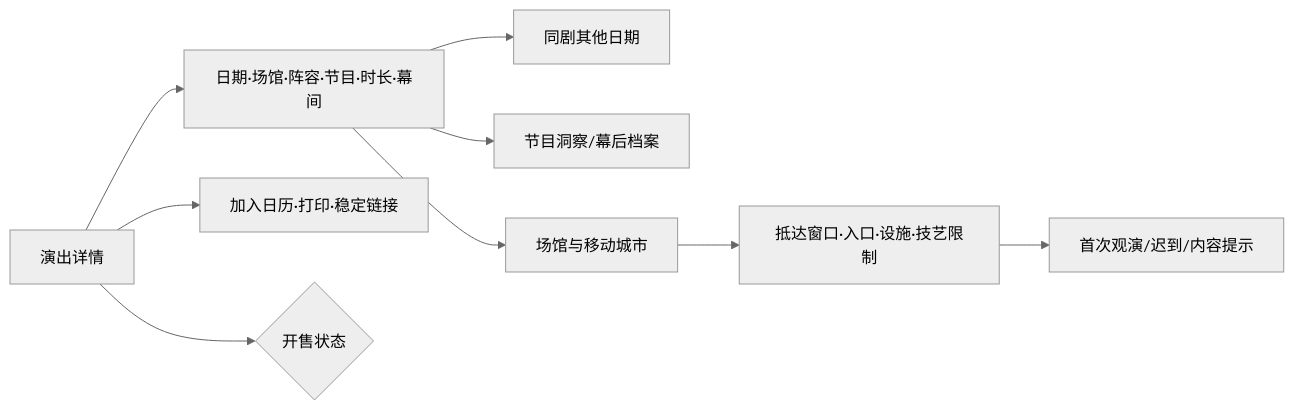
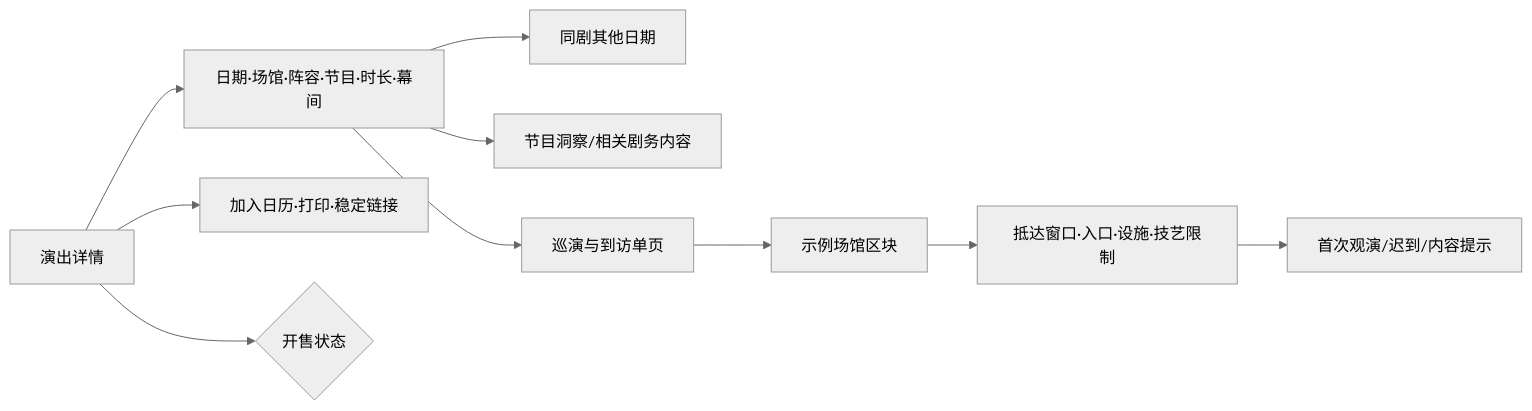
The diagram in docs/blueprint/03_journeys/maps/02_演出详情与到访.mmd (Selloryebir/crimson_troupe), drawn with Mermaid (neutral theme) before and after one commit. The commit also changed 108 other files, not shown here.

```diff
--- a/docs/blueprint/03_journeys/maps/02_演出详情与到访.mmd
+++ b/docs/blueprint/03_journeys/maps/02_演出详情与到访.mmd
@@ -1,9 +1,10 @@
 flowchart LR
   Detail[演出详情] --> Facts[日期·场馆·阵容·节目·时长·幕间]
   Facts --> Other[同剧其他日期]
-  Facts --> Insights[节目洞察/幕后档案]
-  Facts --> Venue[场馆与移动城市]
+  Facts --> Insights[节目洞察/相关剧务内容]
+  Facts --> Visit[巡演与到访单页]
+  Visit --> Venue[示例场馆区块]
   Venue --> Arrival[抵达窗口·入口·设施·技艺限制]
   Arrival --> First[首次观演/迟到/内容提示]
   Detail --> Calendar[加入日历·打印·稳定链接]
   Detail --> CTA{开售状态}
```
